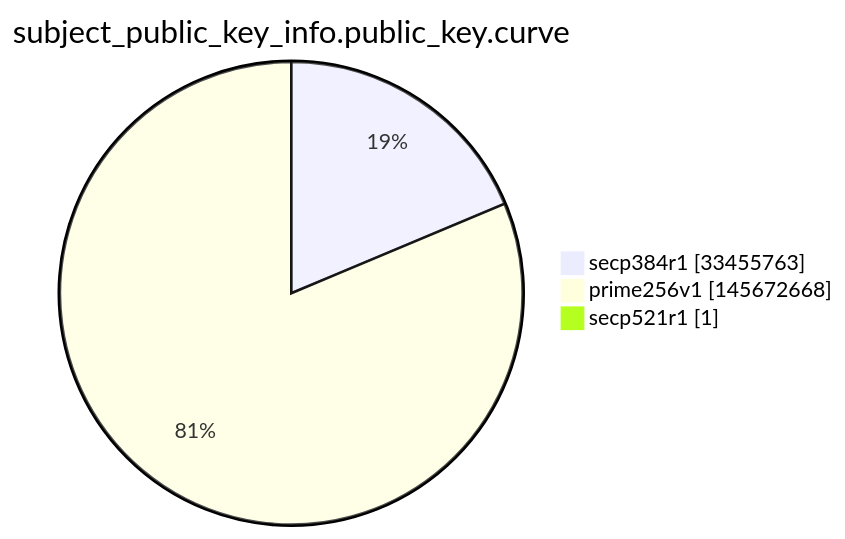
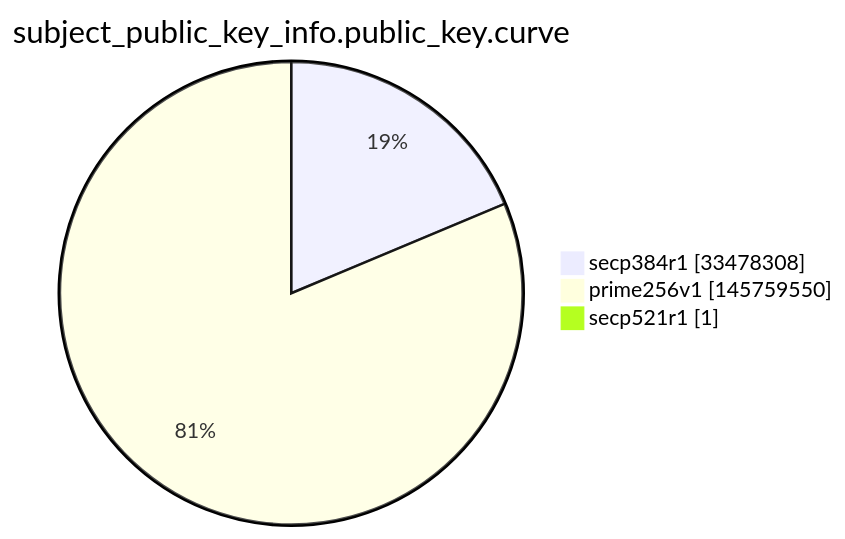
The ninth of 15 diagrams in argon2022/README.md (christiankrug/ctmonitor_visualization), drawn with Mermaid before and after one commit. The commit also changed other lines of this file, not shown here.

````diff
--- a/argon2022/README.md
+++ b/argon2022/README.md
@@ -2764,7 +2764,7 @@
 ```mermaid
 pie showData
 title subject_public_key_info.public_key.curve
-"secp384r1" :33455763
-"prime256v1" :145672668
+"secp384r1" :33478308
+"prime256v1" :145759550
 "secp521r1" :1
 ```
````
